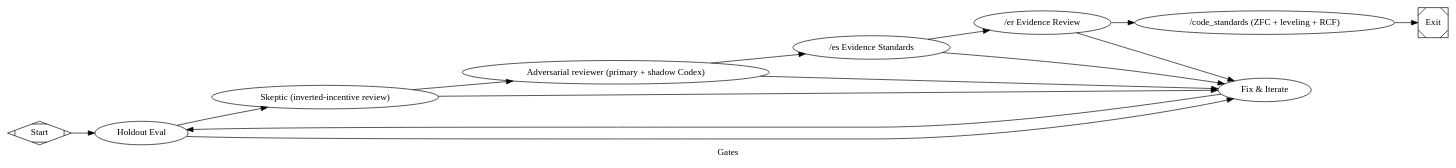
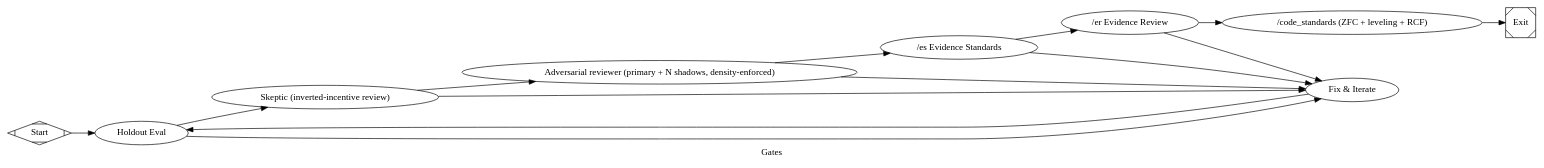
The diagram in pipelines/factory/gates.dot (jleechanorg/dark-factory), drawn with Graphviz before and after one commit. The commit also changed 5 other files, not shown here.

```diff
--- a/pipelines/factory/gates.dot
+++ b/pipelines/factory/gates.dot
@@ -1,85 +1,88 @@
 digraph gates {
     graph [
         goal="Full validation: holdout + 3 adversarial gates."
         level5="true"
         label="Gates"
         skip_explore="true"
         skip_plan="true"
         skip_implement="true"
     ]
     rankdir=LR
 
     start [shape=Mdiamond, label="Start"]
     exit  [shape=Msquare,  label="Exit"]
 
     holdout         [type="holdout_eval",        label="Holdout Eval", feature="hello", timeout=600]
     gate_skeptic [
         type="gate_skeptic",
         label="Skeptic (inverted-incentive review)",
         backend_priority="codex,minimax,agy,claude-sonnet",
         prefer_adversarial="true",
         timeout=600
     ]
     adversarial_reviewer [
         type="parallel_reviewer",
-        label="Adversarial reviewer (primary + shadow Codex)",
-        backend_priority="codex,minimax,agy,claude-sonnet",
+        label="Adversarial reviewer (primary + N shadows, density-enforced)",
+        prompt="@prompts/slim/review_phase5_shadow.md",
+        backend_priority="minimax,agy,codex,claude-sonnet",
         prefer_adversarial="true",
+        n_shadows="3",
+        gate_strict="true",
         timeout=600
     ]
     gate_es [
         type="gate_es",
         label="/es Evidence Standards",
         backend_priority="codex,minimax,agy,claude-sonnet",
         prefer_adversarial="true",
         gate_strict="true",
         timeout=600
     ]
     gate_er [
         type="gate_er",
         label="/er Evidence Review",
         backend_priority="codex,minimax,agy,claude-sonnet",
         prefer_adversarial="true",
         gate_strict="true",
         timeout=600
     ]
     gate_cs [
         type="gate_code_standards",
         label="/code_standards (ZFC + leveling + RCF)",
         backend_priority="codex,minimax,agy,claude-sonnet",
         prefer_adversarial="true",
         gate_strict="true",
         timeout=600
     ]
 
     // Bounded fix loop: any reviewer verdict other than success routes here
     // so the run can iterate on the artifact rather than terminating on a
     // first failure (per factory-evolve G2 fix-loop contract).
     fix [
         type="codergen",
         label="Fix & Iterate",
         class="fix",
         prompt="@prompts/slim/fix.md",
         max_visits="3",
         timeout=600
     ]
 
     start -> holdout
     holdout -> gate_skeptic [condition="outcome=success"]
     holdout -> fix         [condition="outcome!=success"]
 
     gate_skeptic -> adversarial_reviewer [condition="outcome=success"]
     gate_skeptic -> fix                  [condition="outcome!=success"]
 
     adversarial_reviewer -> gate_es [condition="outcome=success"]
     adversarial_reviewer -> fix     [condition="outcome!=success"]
 
     gate_es -> gate_er [condition="outcome=success"]
     gate_es -> fix     [condition="outcome!=success"]
 
     gate_er -> gate_cs [condition="outcome=success"]
     gate_er -> fix     [condition="outcome!=success"]
 
     gate_cs -> exit
     fix -> holdout
 }
```
